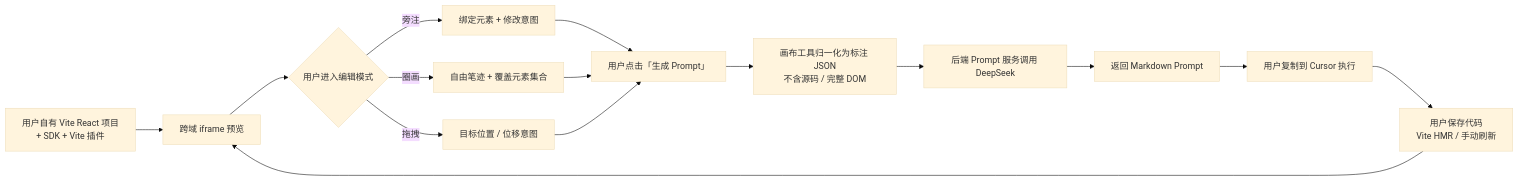
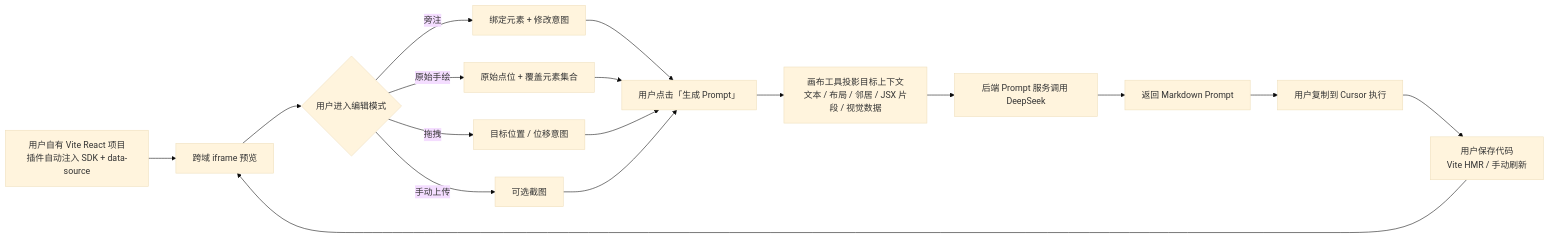
Before and after one commit to Cai199999/vibe-app: the diagram in docs/memory/00_project_brief.md, drawn with Mermaid (base theme). The commit also changed other lines of this file and 5 other files, not shown here.

````diff
--- a/docs/memory/00_project_brief.md
+++ b/docs/memory/00_project_brief.md
@@ -57,17 +75,19 @@
 ```mermaid
 flowchart LR
-    A["用户自有 Vite React 项目<br/>+ SDK + Vite 插件"] --> B["跨域 iframe 预览"]
+    A["用户自有 Vite React 项目<br/>插件自动注入 SDK + data-source"] --> B["跨域 iframe 预览"]
     B --> C{"用户进入编辑模式"}
     C -->|旁注| D["绑定元素 + 修改意图"]
-    C -->|圈画| E["自由笔迹 + 覆盖元素集合"]
+    C -->|原始手绘| E["原始点位 + 覆盖元素集合"]
     C -->|拖拽| F["目标位置 / 位移意图"]
+    C -->|手动上传| G0["可选截图"]
     D --> G["用户点击「生成 Prompt」"]
     E --> G
     F --> G
-    G --> H["画布工具归一化为标注 JSON<br/>不含源码 / 完整 DOM"]
+    G0 --> G
+    G --> H["画布工具投影目标上下文<br/>文本 / 布局 / 邻居 / JSX 片段 / 视觉数据"]
     H --> I["后端 Prompt 服务调用 DeepSeek"]
     I --> J["返回 Markdown Prompt"]
     J --> K["用户复制到 Cursor 执行"]
     K --> L["用户保存代码<br/>Vite HMR / 手动刷新"]
     L --> B
 ```
````
